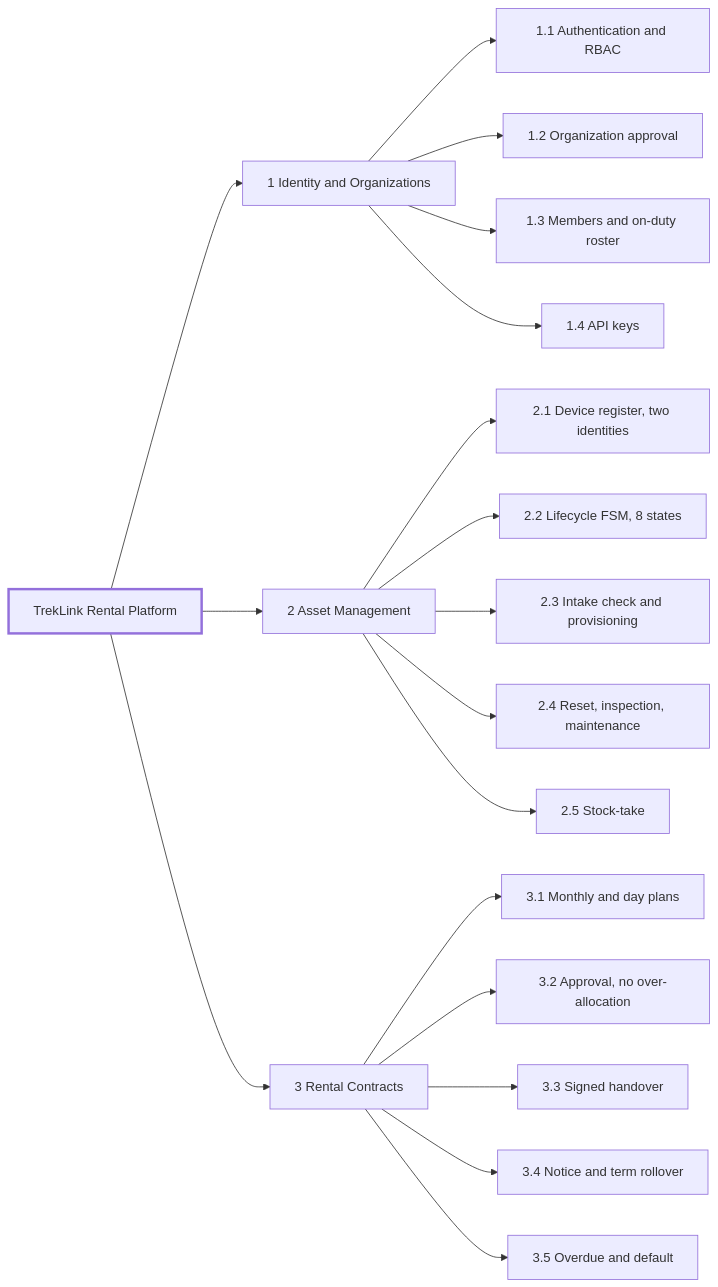
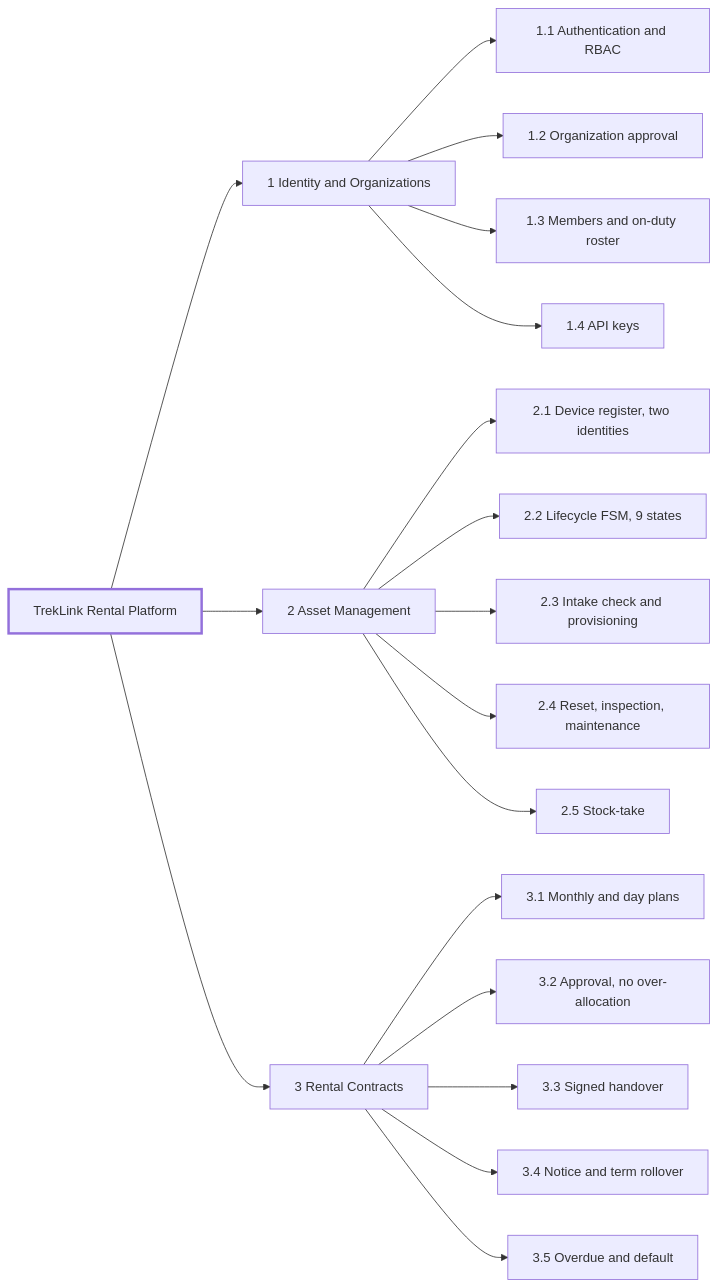
The fifth of 7 diagrams in _docs/00-project-context/06-requirements-foundation.md (TrekLink-Team/treklink-docs), drawn with Mermaid before and after one commit. The commit also changed other lines of this file and 3 other files, not shown here.

First line of the commit message:
docs: fix the defects the core flow study found

````diff
--- a/_docs/00-project-context/06-requirements-foundation.md
+++ b/_docs/00-project-context/06-requirements-foundation.md
@@ -153,11 +153,11 @@
 ```mermaid
 flowchart LR
     ROOT[TrekLink Rental Platform]
     ROOT --> F1[1 Identity and Organizations]
     ROOT --> F2[2 Asset Management]
     ROOT --> F3[3 Rental Contracts]
     F1 --> F1a[1.1 Authentication and RBAC] & F1b[1.2 Organization approval] & F1c[1.3 Members and on-duty roster] & F1d[1.4 API keys]
-    F2 --> F2a[2.1 Device register, two identities] & F2b[2.2 Lifecycle FSM, 8 states] & F2c[2.3 Intake check and provisioning] & F2d[2.4 Reset, inspection, maintenance] & F2e[2.5 Stock-take]
+    F2 --> F2a[2.1 Device register, two identities] & F2b[2.2 Lifecycle FSM, 9 states] & F2c[2.3 Intake check and provisioning] & F2d[2.4 Reset, inspection, maintenance] & F2e[2.5 Stock-take]
     F3 --> F3a[3.1 Monthly and day plans] & F3b[3.2 Approval, no over-allocation] & F3c[3.3 Signed handover] & F3d[3.4 Notice and term rollover] & F3e[3.5 Overdue and default]
     style ROOT stroke-width:3px
 ```
````
